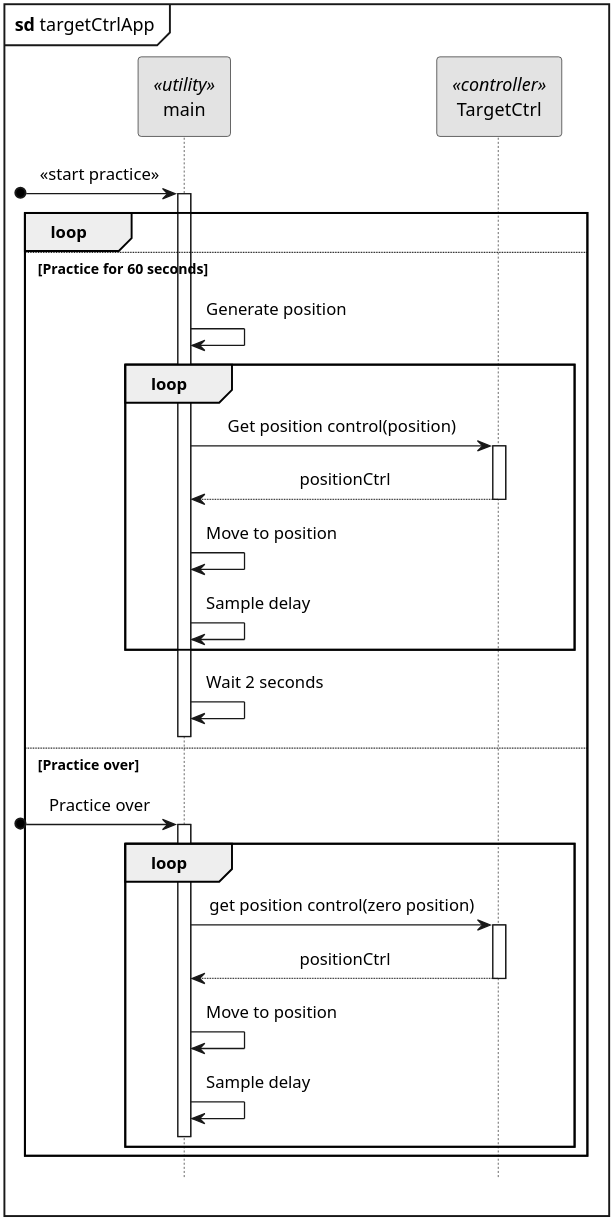
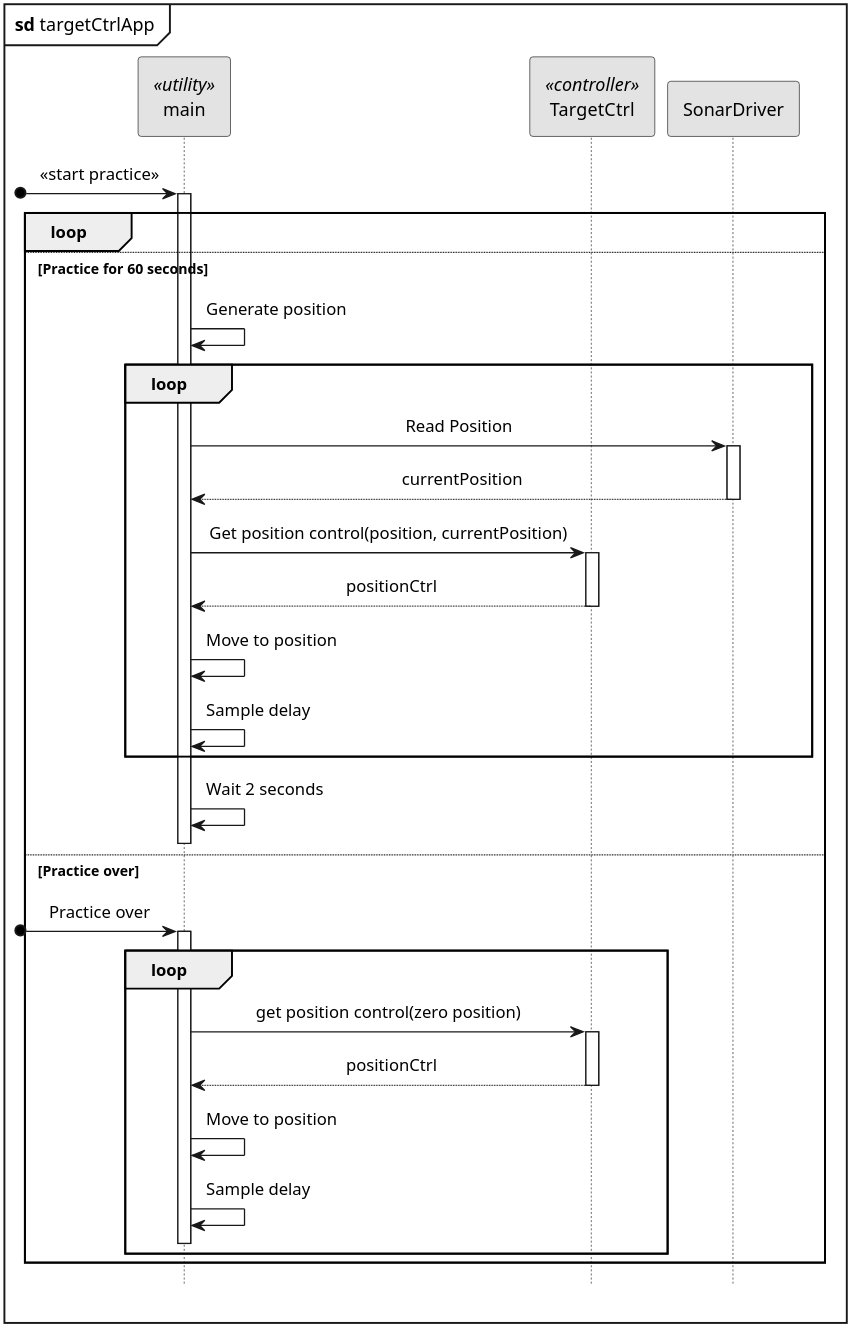
Before and after one commit to LasseKrarup/Laser-Tag-Project: the diagram in PlantUML/src/targetCtrlApp_sd.plantuml, drawn with PlantUML. The commit also changed 1 other file, not shown here.

Commit message:
Tilføjede Sonar

```diff
--- a/PlantUML/src/targetCtrlApp_sd.plantuml
+++ b/PlantUML/src/targetCtrlApp_sd.plantuml
@@ -1,58 +1,63 @@
 @startuml targetCtrlApp_sd
 
 hide footbox
 
 skinparam {
     monochrome true
     dpi 300
     padding 5
     sequenceMessageAlign center
     packageStyle frame
     shadowing false
     'backgroundColor transparent
 }
 
 mainframe **sd** targetCtrlApp
 
 participant main <<utility>>
 participant TargetCtrl <<controller>>
+participant SonarDriver
 
 [o-> main: <<start practice>>
 activate main
 
 loop
     else Practice for 60 seconds
     main -> main: Generate position
     loop
-        main -> TargetCtrl: Get position control(position)
+        main -> SonarDriver: Read Position
+        activate SonarDriver
+        return currentPosition
+        deactivate SonarDriver
+        main -> TargetCtrl: Get position control(position, currentPosition)
         activate TargetCtrl
         return positionCtrl
         deactivate TargetCtrl
         main -> main: Move to position
         main -> main: Sample delay
     end
     main -> main: Wait 2 seconds
     TargetCtrl -[hidden]> main
 
     deactivate main
 
 
 
     else Practice over
     
     [o-> main: Practice over
     activate main
     loop
         main -> TargetCtrl: get position control(zero position)
         activate TargetCtrl
         return positionCtrl
         deactivate TargetCtrl
         main -> main: Move to position
         main -> main: Sample delay
         TargetCtrl -[hidden]> main
         deactivate TargetCtrl
         deactivate main
     end
 end
 
 @enduml
```
